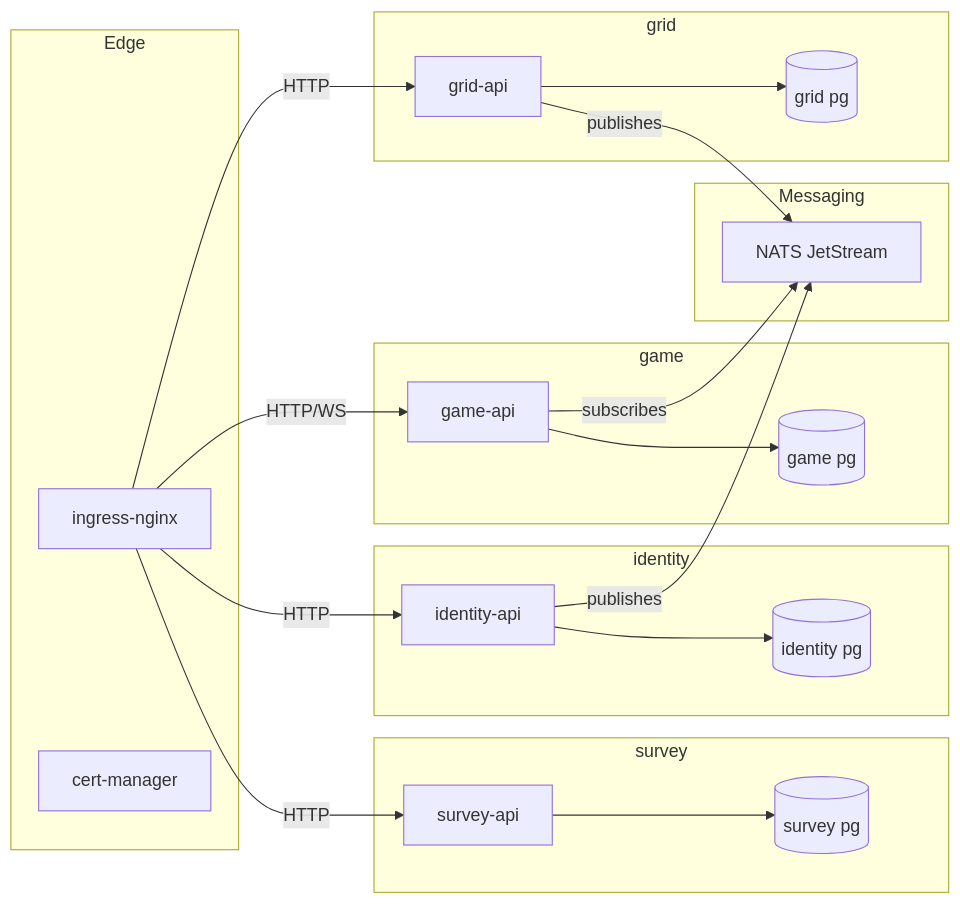
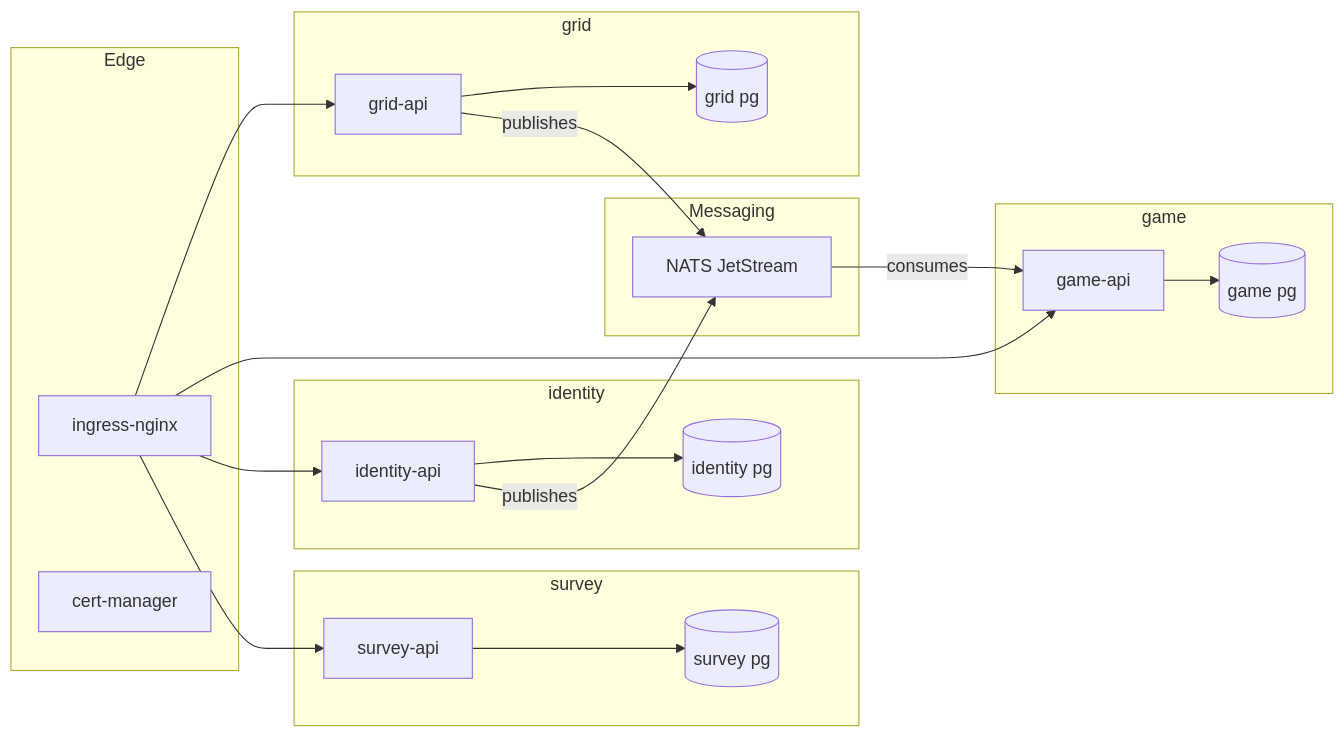
One commit to Ishou/wordsparrow changed the first of 5 diagrams in README.md. Above: the diagram before and after it, drawn with Mermaid. The commit also changed other lines of this file and 3 other files, not shown here.

First line of the commit message:
refactor(infra-diagrams): align cluster edges with flow and surface matomo

````diff
--- a/README.md
+++ b/README.md
@@ -60,37 +60,37 @@
 ```mermaid
 flowchart LR
   subgraph Edge
     ingress["ingress-nginx"]
     certmanager["cert-manager"]
   end
   subgraph Messaging
     nats["NATS JetStream"]
   end
   subgraph ctx_grid["grid"]
     grid["grid-api"]
     gridDB[("grid pg")]
     grid --> gridDB
   end
   subgraph ctx_game["game"]
     game["game-api"]
     gameDB[("game pg")]
     game --> gameDB
   end
   subgraph ctx_identity["identity"]
     identity["identity-api"]
     identityDB[("identity pg")]
     identity --> identityDB
   end
   subgraph ctx_survey["survey"]
     survey["survey-api"]
     surveyDB[("survey pg")]
     survey --> surveyDB
   end
-  ingress -->|HTTP| grid
-  ingress -->|HTTP/WS| game
-  ingress -->|HTTP| identity
-  ingress -->|HTTP| survey
+  ingress --> grid
+  ingress --> game
+  ingress --> identity
+  ingress --> survey
   grid -->|publishes| nats
   identity -->|publishes| nats
-  game -->|subscribes| nats
+  nats -->|consumes| game
 ```
````
